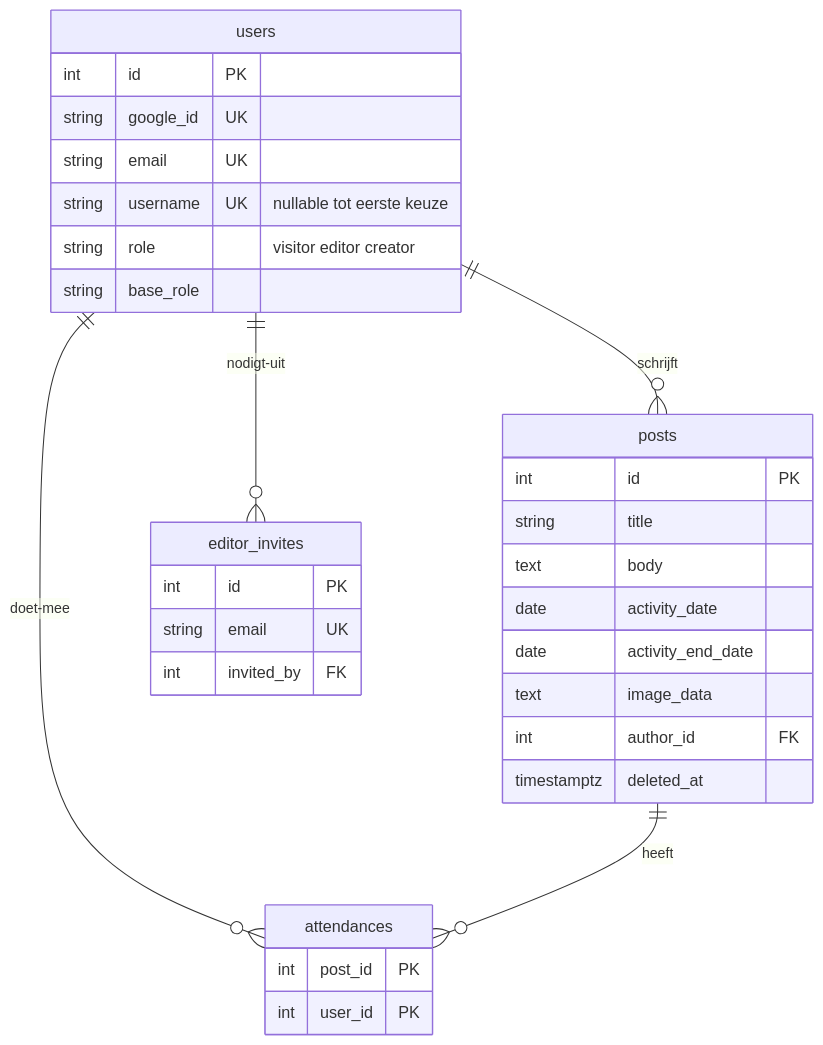
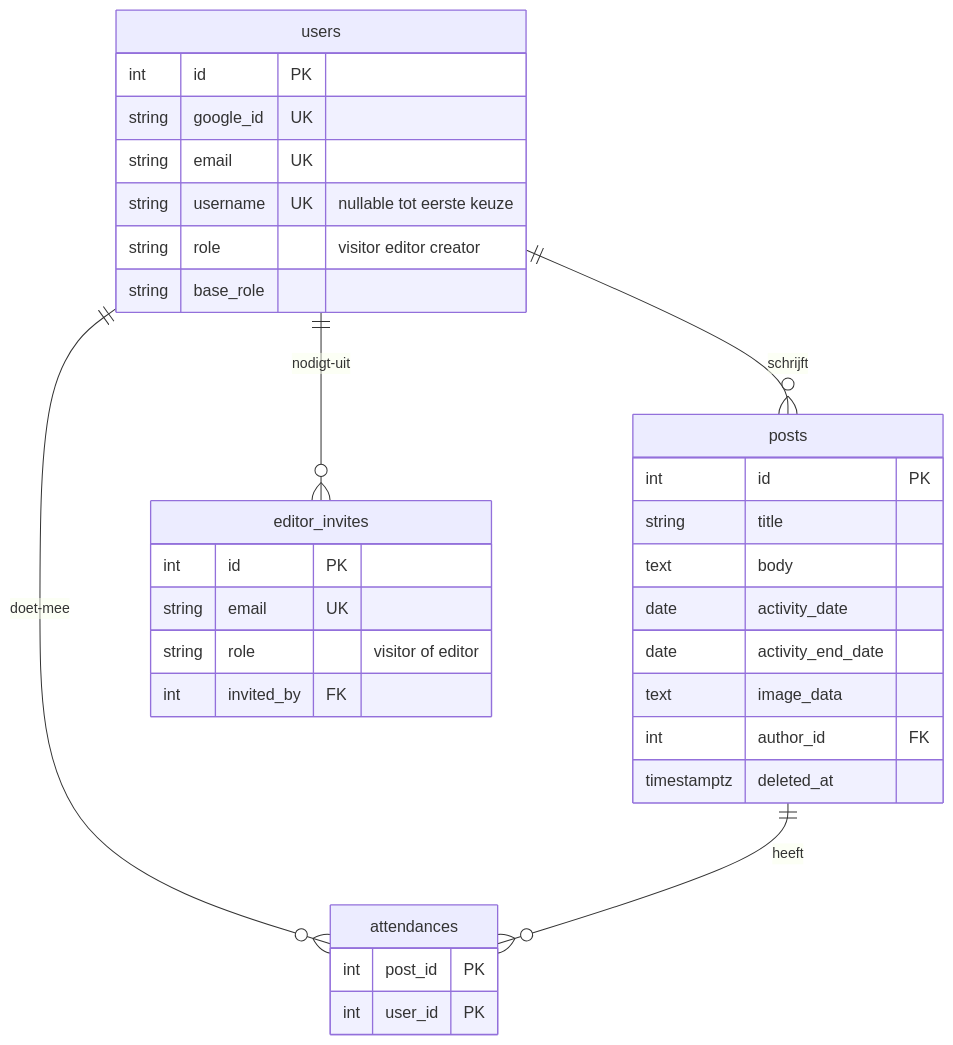
One commit to raimonvibe/leviaan changed the second of 3 diagrams in SPECIFICATIE.md. Above: the diagram before and after it, drawn with Mermaid. The commit also changed other lines of this file and 16 other files, not shown here.

````diff
--- a/SPECIFICATIE.md
+++ b/SPECIFICATIE.md
@@ -171,35 +173,36 @@
 ```mermaid
 erDiagram
   users ||--o{ posts : schrijft
   users ||--o{ attendances : doet-mee
   users ||--o{ editor_invites : nodigt-uit
   posts ||--o{ attendances : heeft
 
   users {
     int id PK
     string google_id UK
     string email UK
     string username UK "nullable tot eerste keuze"
     string role "visitor editor creator"
     string base_role
   }
   editor_invites {
     int id PK
     string email UK
+    string role "visitor of editor"
     int invited_by FK
   }
   posts {
     int id PK
     string title
     text body
     date activity_date
     date activity_end_date
     text image_data
     int author_id FK
     timestamptz deleted_at
   }
   attendances {
     int post_id PK
     int user_id PK
   }
 ```
````
